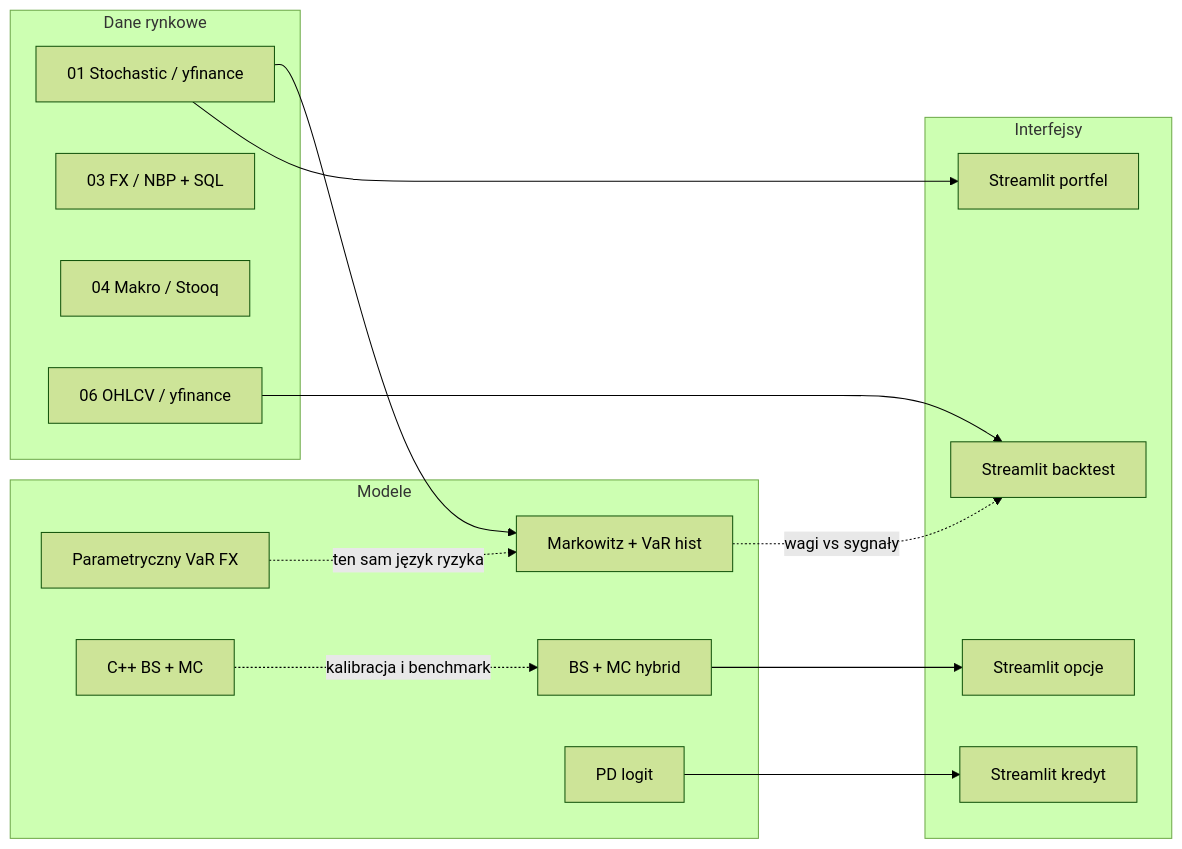
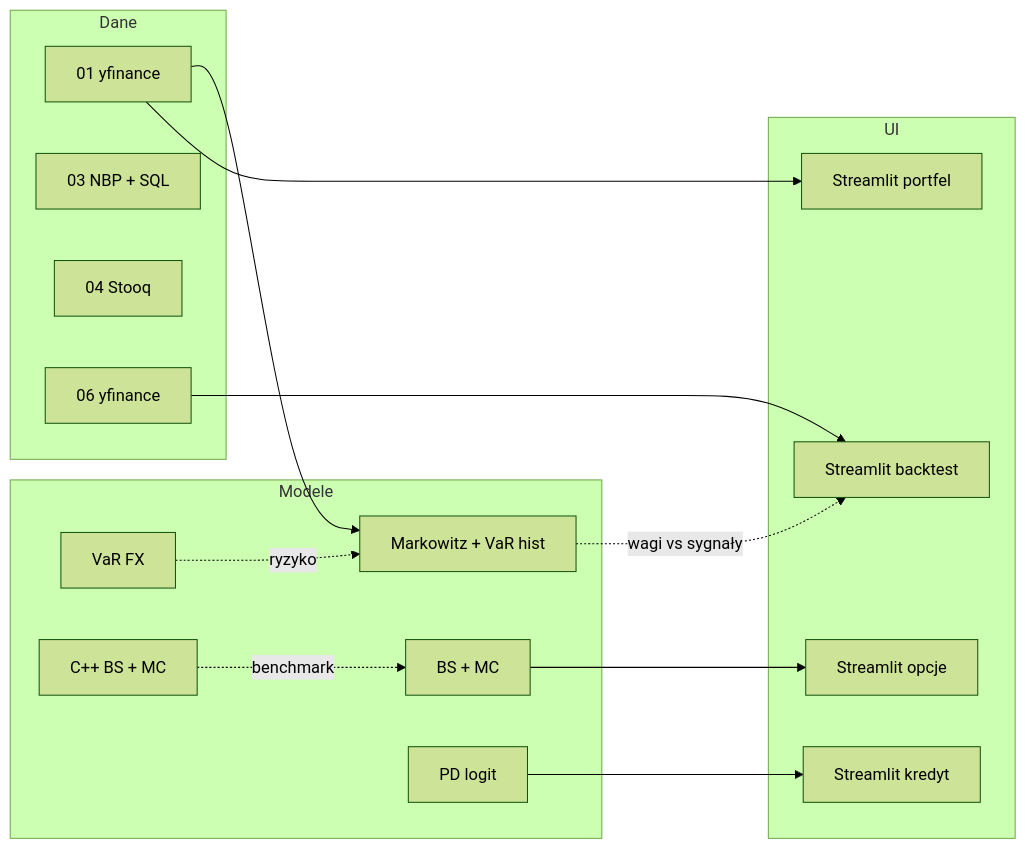
Before and after one commit to BlazejRadzik/Q-Fin-Portfolio: the diagram in README.md, drawn with Mermaid (forest theme). The commit also changed other lines of this file and 49 other files, not shown here.

````diff
--- a/README.md
+++ b/README.md
@@ -7,30 +25,30 @@
 ```mermaid
 flowchart LR
-  subgraph market_data [Dane rynkowe]
-    A1[01 Stochastic / yfinance]
-    A2[03 FX / NBP + SQL]
-    A3[04 Makro / Stooq]
-    A4[06 OHLCV / yfinance]
+  subgraph data [Dane]
+    A1[01 yfinance]
+    A2[03 NBP + SQL]
+    A3[04 Stooq]
+    A4[06 yfinance]
   end
-  subgraph models [Modele]
+  subgraph core [Modele]
     B1[Markowitz + VaR hist]
-    B2[BS + MC hybrid]
-    B3[Parametryczny VaR FX]
+    B2[BS + MC]
+    B3[VaR FX]
     B4[PD logit]
     B5[C++ BS + MC]
   end
-  subgraph ui [Interfejsy]
+  subgraph ui [UI]
     C1[Streamlit portfel]
     C2[Streamlit opcje]
     C3[Streamlit backtest]
     C4[Streamlit kredyt]
   end
   A1 --> B1
   A1 --> C1
   A4 --> C3
   B2 --> C2
-  B5 -. kalibracja i benchmark .-> B2
+  B5 -. benchmark .-> B2
   B1 -. wagi vs sygnały .-> C3
-  B3 -. ten sam język ryzyka .-> B1
+  B3 -. ryzyko .-> B1
   B4 --> C4
 ```
````
